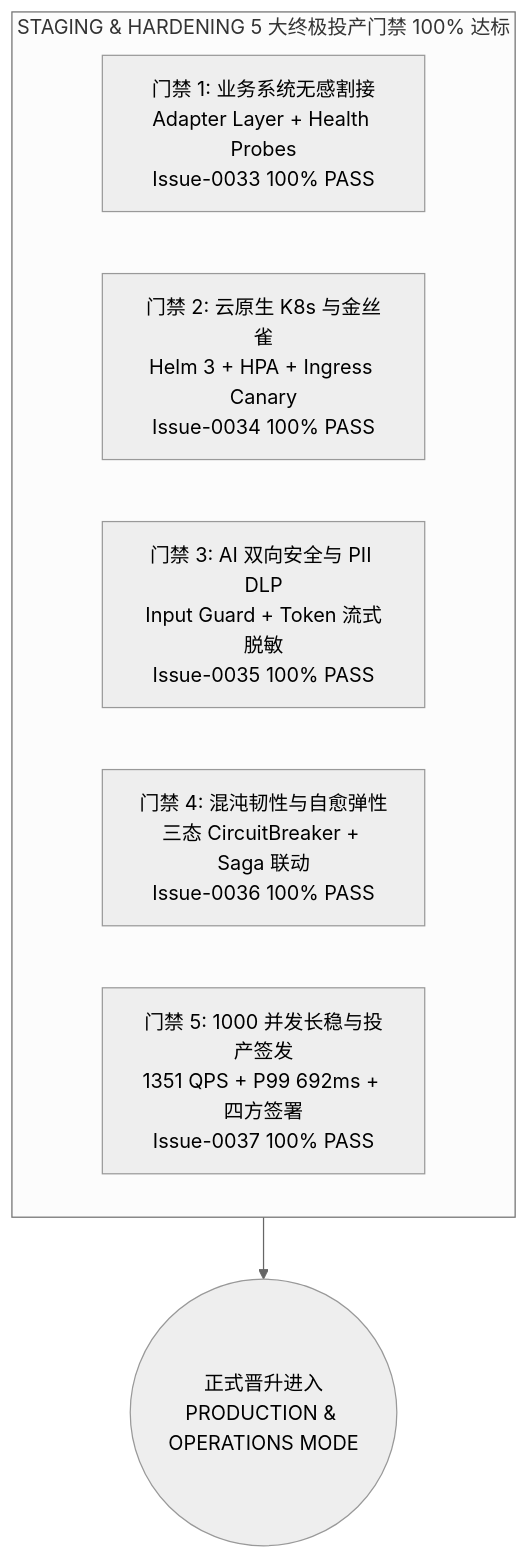
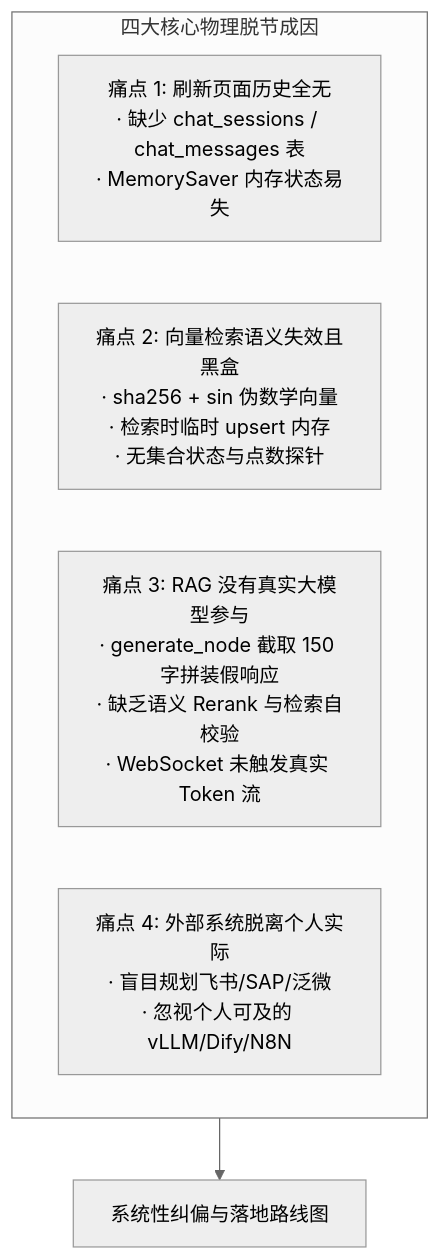
One commit to Tomatos32/Enterprise-AI-Digital-Assistant changed the diagram in docs/PROJECT_PROGRESS.md. Above: the diagram before and after it, drawn with Mermaid (neutral theme). The commit also changed other lines of this file and 5 other files, not shown here.

````diff
--- a/docs/PROJECT_PROGRESS.md
+++ b/docs/PROJECT_PROGRESS.md
@@ -133,11 +38,10 @@
 ```mermaid
 graph TD
-    subgraph Staging_Hardening_Exit_Gates [STAGING & HARDENING 5 大终极投产门禁 100% 达标]
-        H1[门禁 1: 业务系统无感割接<br/>Adapter Layer + Health Probes<br/>Issue-0033 100% PASS]
-        H2[门禁 2: 云原生 K8s 与金丝雀<br/>Helm 3 + HPA + Ingress Canary<br/>Issue-0034 100% PASS]
-        H3[门禁 3: AI 双向安全与 PII DLP<br/>Input Guard + Token 流式脱敏<br/>Issue-0035 100% PASS]
-        H4[门禁 4: 混沌韧性与自愈弹性<br/>三态 CircuitBreaker + Saga 联动<br/>Issue-0036 100% PASS]
-        H5[门禁 5: 1000 并发长稳与投产签发<br/>1351 QPS + P99 692ms + 四方签署<br/>Issue-0037 100% PASS]
+    subgraph Reality_Gaps [四大核心物理脱节成因]
+        G1[痛点 1: 刷新页面历史全无<br/>· 缺少 chat_sessions / chat_messages 表<br/>· MemorySaver 内存状态易失]
+        G2[痛点 2: 向量检索语义失效且黑盒<br/>· sha256 + sin 伪数学向量<br/>· 检索时临时 upsert 内存<br/>· 无集合状态与点数探针]
+        G3[痛点 3: RAG 没有真实大模型参与<br/>· generate_node 截取 150 字拼装假响应<br/>· 缺乏语义 Rerank 与检索自校验<br/>· WebSocket 未触发真实 Token 流]
+        G4[痛点 4: 外部系统脱离个人实际<br/>· 盲目规划飞书/SAP/泛微<br/>· 忽视个人可及的 vLLM/Dify/N8N]
     end
-    Staging_Hardening_Exit_Gates --> ProductionReady((正式晋升进入<br/>PRODUCTION & OPERATIONS MODE))
+    Reality_Gaps --> Refocus[系统性纠偏与落地路线图]
 ```
````
